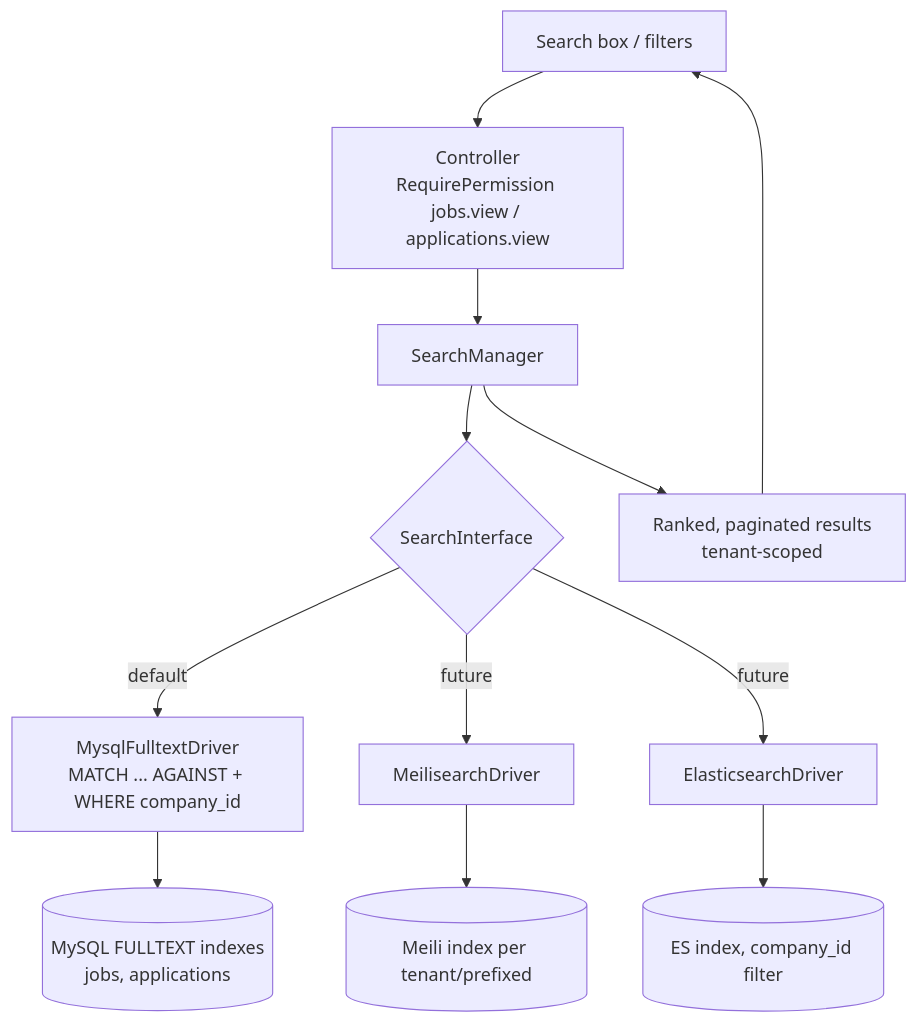
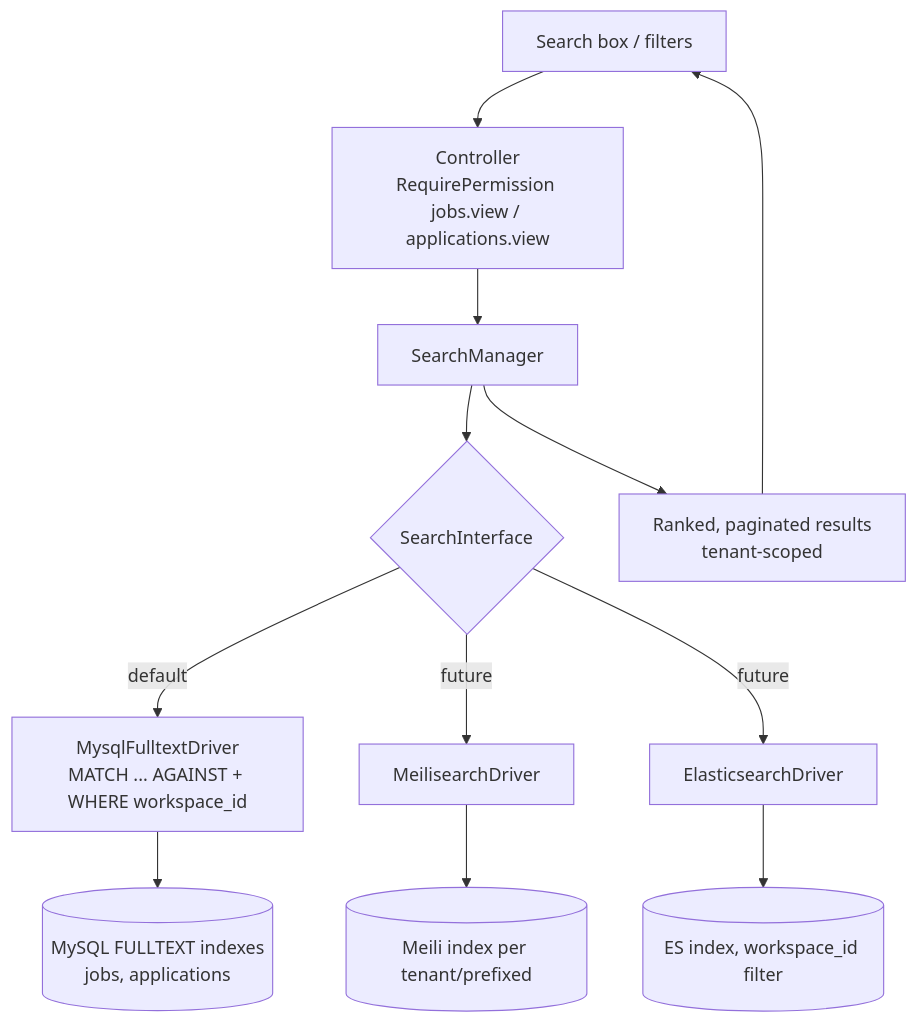
One commit to ammarnabileg/crm changed the first of 2 diagrams in docs/28-Search-System.md. Above: the diagram before and after it, drawn with Mermaid. The commit also changed other lines of this file and 47 other files, not shown here.

````diff
--- a/docs/28-Search-System.md
+++ b/docs/28-Search-System.md
@@ -29,14 +29,14 @@
 ```mermaid
 flowchart TD
     UI[Search box / filters] --> Ctrl[Controller<br/>RequirePermission jobs.view / applications.view]
     Ctrl --> SVC[SearchManager]
     SVC --> IFACE{SearchInterface}
-    IFACE -->|default| MY[MysqlFulltextDriver<br/>MATCH ... AGAINST + WHERE company_id]
+    IFACE -->|default| MY[MysqlFulltextDriver<br/>MATCH ... AGAINST + WHERE workspace_id]
     IFACE -->|future| MEILI[MeilisearchDriver]
     IFACE -->|future| ES[ElasticsearchDriver]
     MY --> DB[(MySQL FULLTEXT indexes<br/>jobs, applications)]
     MEILI --> MIDX[(Meili index per tenant/prefixed)]
-    ES --> EIDX[(ES index, company_id filter)]
+    ES --> EIDX[(ES index, workspace_id filter)]
     SVC --> RES[Ranked, paginated results<br/>tenant-scoped]
     RES --> UI
 ```
````
